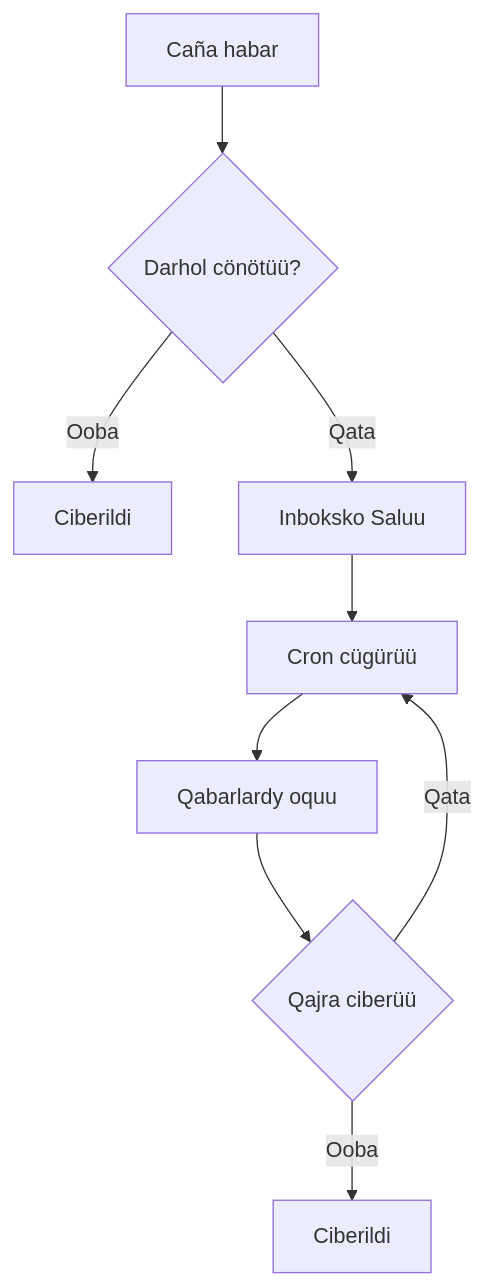
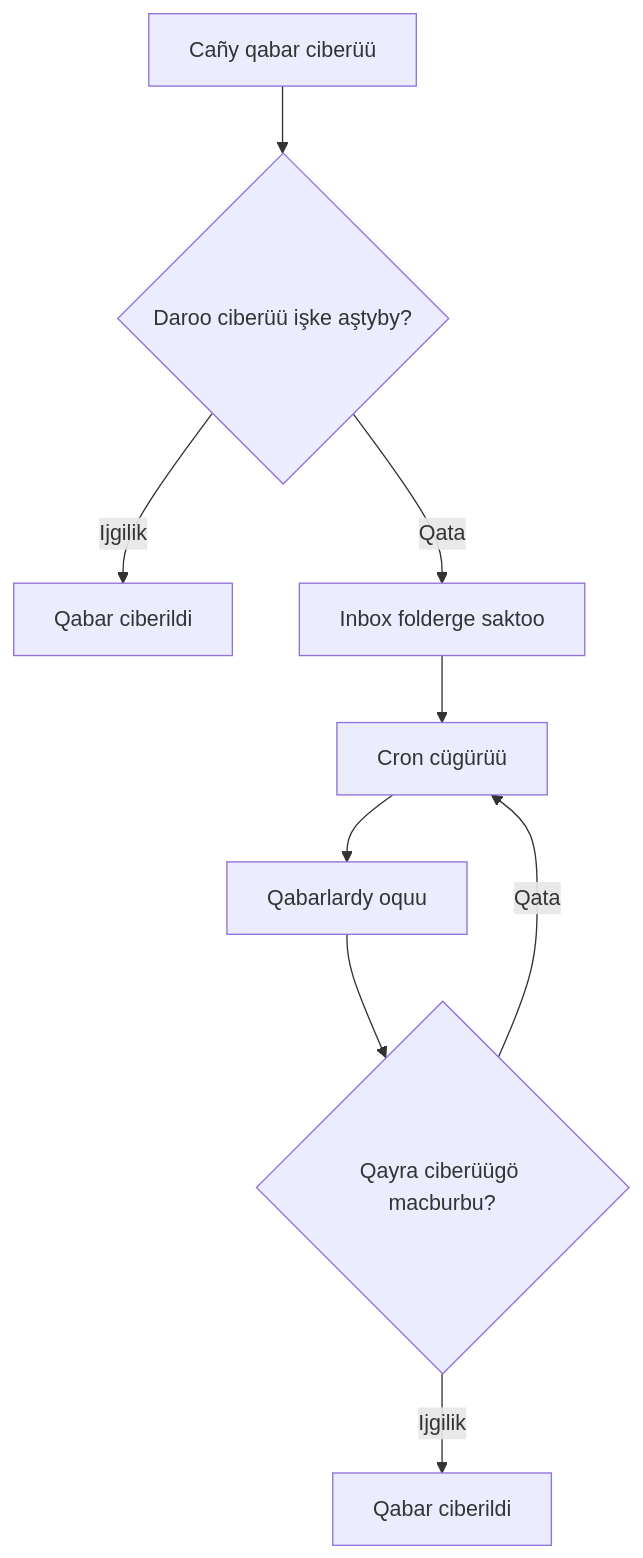
Before and after one commit to sultaniman/kpow: the second of 2 diagrams in docs/qy/developer-guide.md, drawn with Mermaid. The commit also changed other lines of this file and 1 other file, not shown here.

Commit message:
sync mermaid charts

````diff
--- a/docs/qy/developer-guide.md
+++ b/docs/qy/developer-guide.md
@@ -85,11 +84,11 @@
 ```mermaid
 flowchart TD
-    A[Caña habar] --> B{Darhol cönötüü?}
-    B -- Ooba --> C[Ciberildi]
-    B -- Qata --> D[Inboksko Saluu]
+    A[Cañy qabar ciberüü] --> B{Daroo ciberüü işke aştyby?}
+    B -- Ijgilik --> C[Qabar ciberildi]
+    B -- Qata --> D[Inbox folderge saktoo]
     D --> E[Cron cügürüü]
     E --> F[Qabarlardy oquu]
-    F --> G{Qajra ciberüü}
-    G -- Ooba --> H[Ciberildi]
+    F --> G{Qayra ciberüügö macburbu?}
+    G -- Ijgilik --> H[Qabar ciberildi]
     G -- Qata --> E
 ```
````
